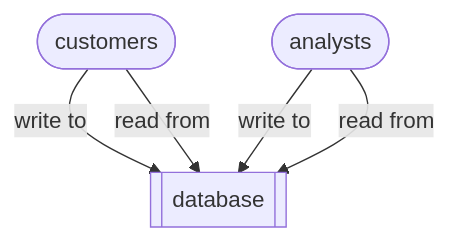
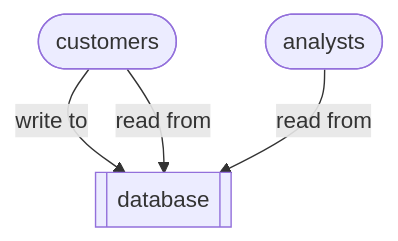
The first of 2 diagrams in r/read_replicas.md (conmaol/maglocunus), drawn with Mermaid before and after one commit.

Commit message:
Update read replicas diagram to remove analysts write
Removed write connection from analysts to primary in read replicas diagram.

````diff
--- a/r/read_replicas.md
+++ b/r/read_replicas.md
@@ -11,10 +11,9 @@
 ```mermaid
 flowchart TD
   customers([customers])
   analysts([analysts])
   primary[[database]]
   customers -- "write to" --> primary
   customers -- "read from" --> primary
-  analysts -- "write to" --> primary
   analysts -- "read from" --> primary
 ```
````
